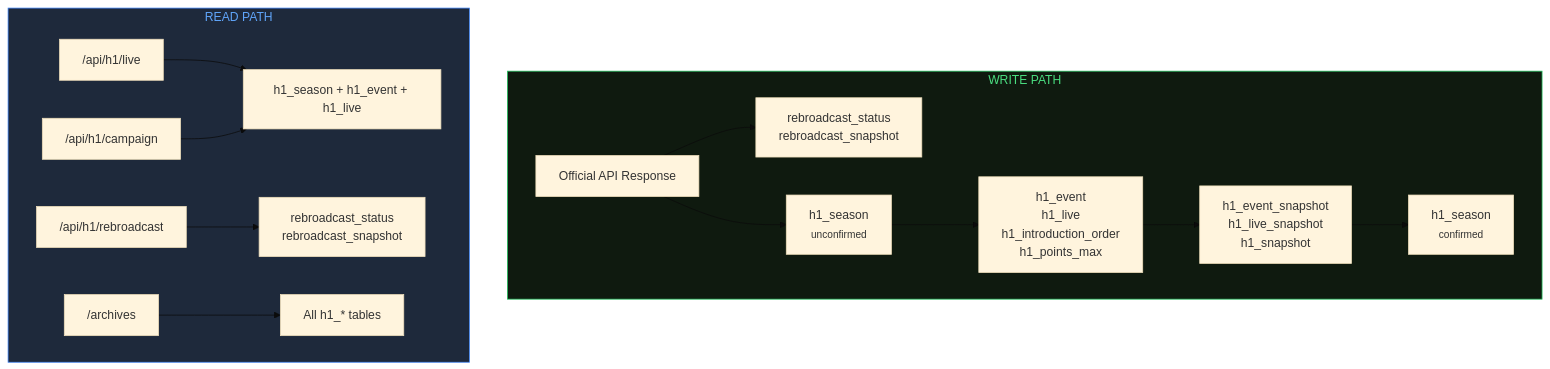
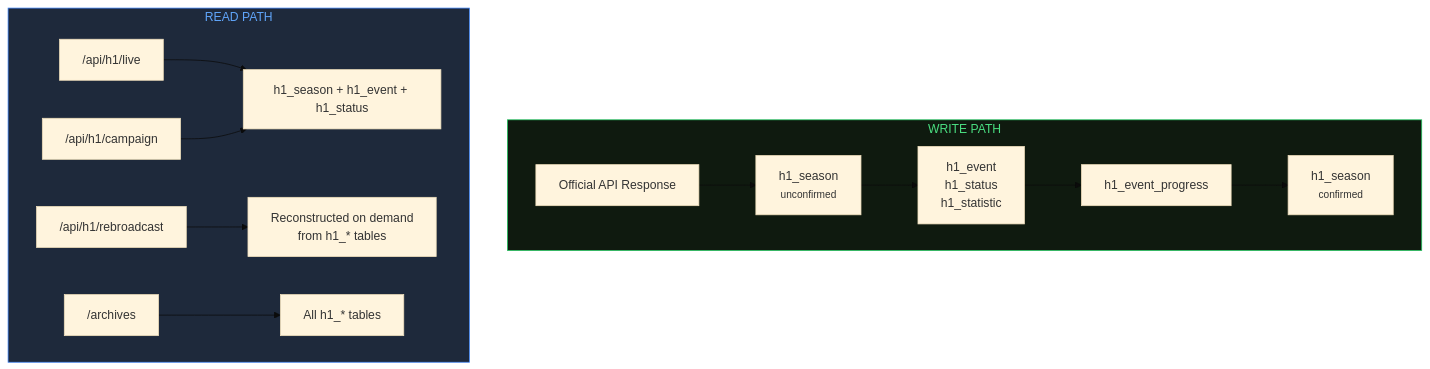
Before and after one commit to elfensky/helldivers.bot: the second of 2 diagrams in src/app/docs/database/page.mdx, drawn with Mermaid (base theme). The commit also changed other lines of this file and 2 other files, not shown here.

First line of the commit message:
docs: update /docs pages for h1_* schema cleanup

````diff
--- a/src/app/docs/database/page.mdx
+++ b/src/app/docs/database/page.mdx
@@ -248,20 +215,19 @@
 ```mermaid
 graph TD
     subgraph Write["WRITE PATH"]
-        API["Official API Response"] --> RAW["rebroadcast_status<br/>rebroadcast_snapshot"]
-        API --> SEASON["h1_season<br/><small>unconfirmed</small>"]
-        SEASON --> CHILDREN["h1_event<br/>h1_live<br/>h1_introduction_order<br/>h1_points_max"]
-        CHILDREN --> SNAP["h1_event_snapshot<br/>h1_live_snapshot<br/>h1_snapshot"]
-        SNAP --> CONFIRM["h1_season<br/><small>confirmed</small>"]
+        API["Official API Response"] --> SEASON["h1_season<br/><small>unconfirmed</small>"]
+        SEASON --> CHILDREN["h1_event<br/>h1_status<br/>h1_statistic"]
+        CHILDREN --> PROGRESS["h1_event_progress"]
+        PROGRESS --> CONFIRM["h1_season<br/><small>confirmed</small>"]
     end
 
     subgraph Read["READ PATH"]
-        LIVE_Q["/api/h1/live"] --> SEASON_R["h1_season + h1_event + h1_live"]
-        RB_Q["/api/h1/rebroadcast"] --> RAW_R["rebroadcast_status<br/>rebroadcast_snapshot"]
+        LIVE_Q["/api/h1/live"] --> SEASON_R["h1_season + h1_event + h1_status"]
+        RB_Q["/api/h1/rebroadcast"] --> SEASON_R2["Reconstructed on demand<br/>from h1_* tables"]
         CAMP_Q["/api/h1/campaign"] --> SEASON_R
         ARCHIVE["/archives"] --> ALL["All h1_* tables"]
     end
 
     style Write fill:#0f1a0f,stroke:#22c55e,color:#4ade80
     style Read fill:#1e293b,stroke:#3b82f6,color:#60a5fa
 ```
````
